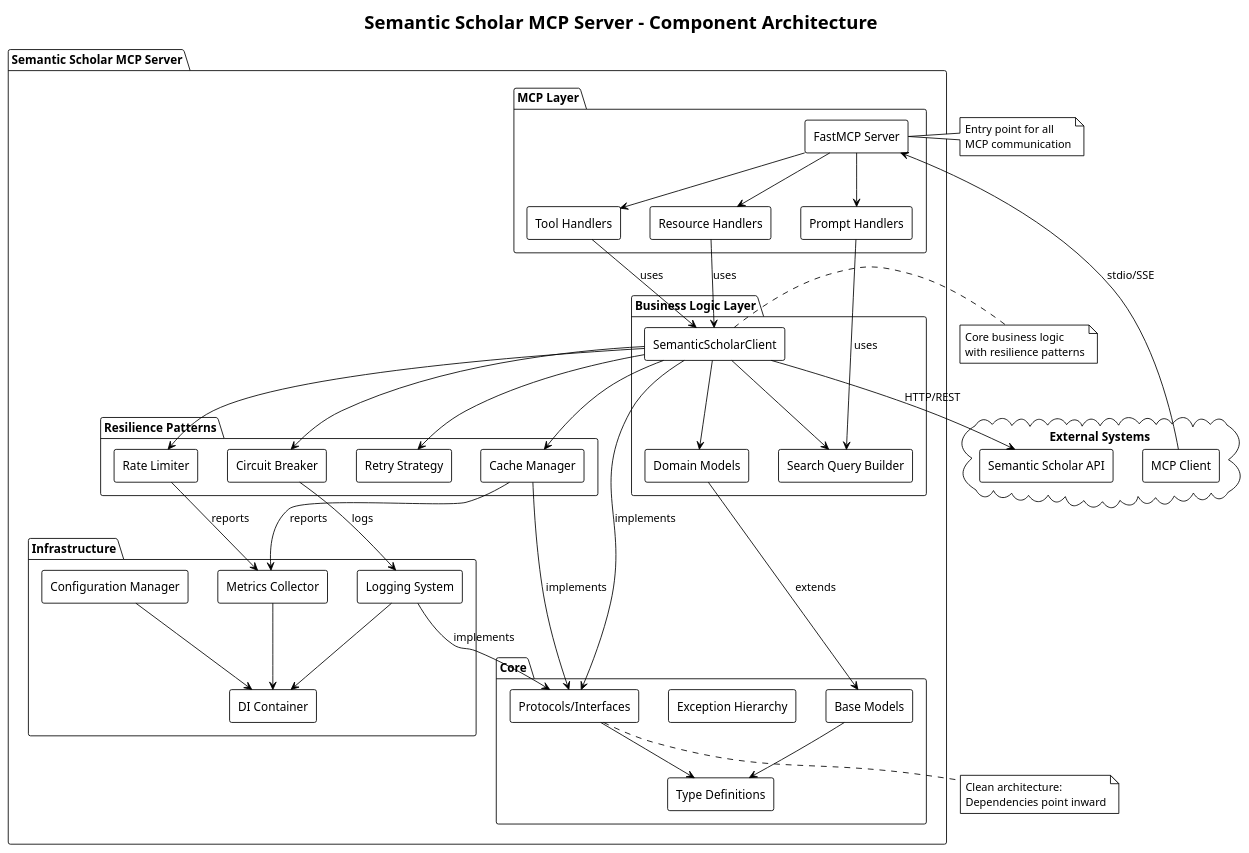
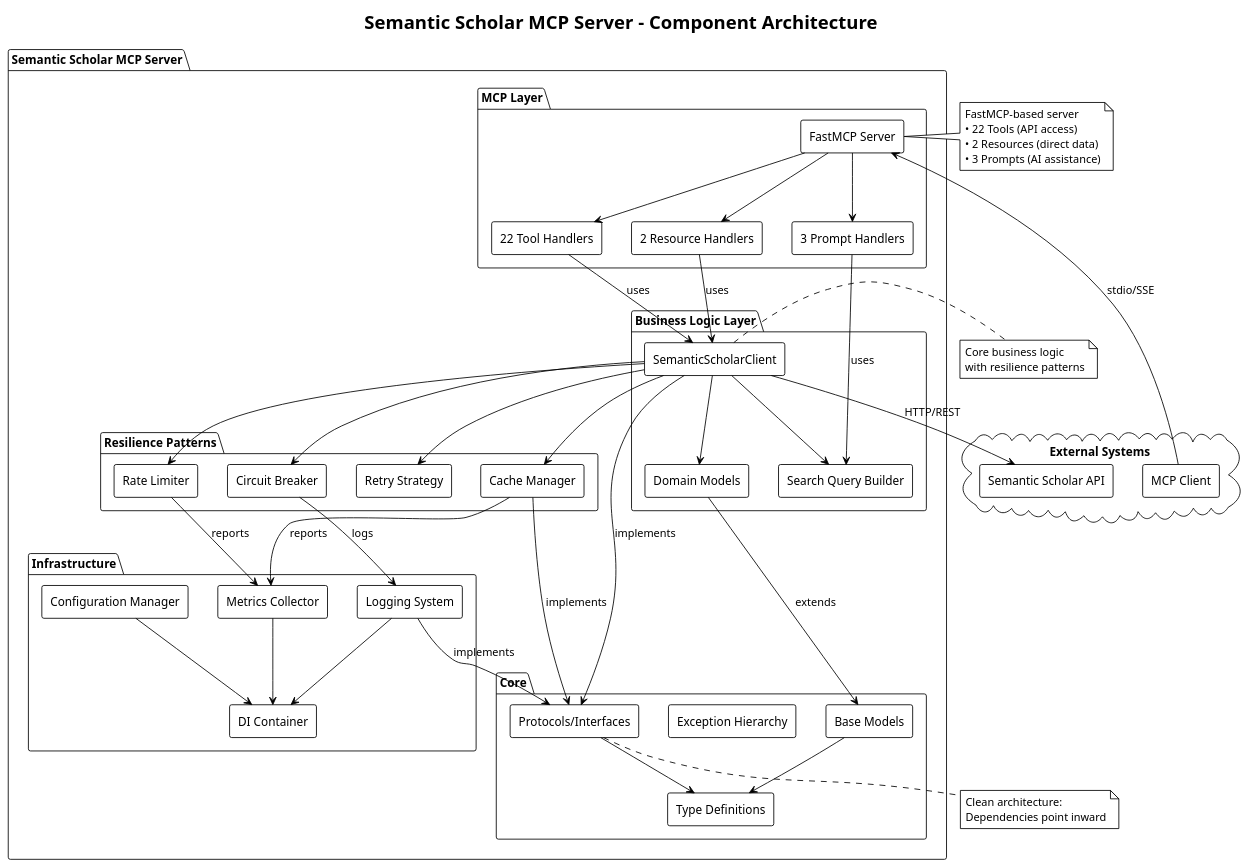
Before and after one commit to hy20191108/semantic-scholar-mcp: the diagram in docs/uml/02-overview-component-diagram.puml, drawn with PlantUML. The commit also changed 39 other files, not shown here.

```diff
--- a/docs/uml/02-overview-component-diagram.puml
+++ b/docs/uml/02-overview-component-diagram.puml
@@ -1,108 +1,110 @@
 @startuml semantic-scholar-mcp-component-diagram
 !theme plain
 skinparam componentStyle rectangle
 
 title Semantic Scholar MCP Server - Component Architecture
 
 ' External Systems
 cloud "External Systems" {
   [Semantic Scholar API] as SSAPI
   [MCP Client] as MCPClient
 }
 
 ' Main Application Package
 package "Semantic Scholar MCP Server" {
   
   ' MCP Layer
   package "MCP Layer" {
     [FastMCP Server] as MCPServer
-    [Tool Handlers] as Tools
-    [Resource Handlers] as Resources
-    [Prompt Handlers] as Prompts
+    [22 Tool Handlers] as Tools
+    [2 Resource Handlers] as Resources
+    [3 Prompt Handlers] as Prompts
     
     MCPServer --> Tools
     MCPServer --> Resources
     MCPServer --> Prompts
   }
   
   ' Business Logic Layer
   package "Business Logic Layer" {
     [SemanticScholarClient] as Client
     [Domain Models] as Models
     [Search Query Builder] as QueryBuilder
     
     Client --> Models
     Client --> QueryBuilder
   }
   
   ' Resilience Layer
   package "Resilience Patterns" {
     [Circuit Breaker] as CB
     [Rate Limiter] as RL
     [Retry Strategy] as Retry
     [Cache Manager] as Cache
     
     Client --> CB
     Client --> RL
     Client --> Retry
     Client --> Cache
   }
   
   ' Infrastructure Layer
   package "Infrastructure" {
     [Configuration Manager] as Config
     [Logging System] as Logging
     [Metrics Collector] as Metrics
     [DI Container] as DIContainer
     
     Config --> DIContainer
     Logging --> DIContainer
     Metrics --> DIContainer
   }
   
   ' Core Layer
   package "Core" {
     [Protocols/Interfaces] as Protocols
     [Exception Hierarchy] as Exceptions
     [Type Definitions] as Types
     [Base Models] as BaseModels
     
     Protocols --> Types
     BaseModels --> Types
   }
 }
 
 ' Dependencies between layers
 Tools --> Client : uses
 Resources --> Client : uses
 Prompts --> QueryBuilder : uses
 
 Client --> SSAPI : HTTP/REST
 MCPClient --> MCPServer : stdio/SSE
 
 CB --> Logging : logs
 RL --> Metrics : reports
 Cache --> Metrics : reports
 
 Models --> BaseModels : extends
 Client --> Protocols : implements
 Cache --> Protocols : implements
 Logging --> Protocols : implements
 
 ' Notes
 note right of MCPServer
-  Entry point for all
-  MCP communication
+  FastMCP-based server
+  • 22 Tools (API access)
+  • 2 Resources (direct data)
+  • 3 Prompts (AI assistance)
 end note
 
 note right of Client
   Core business logic
   with resilience patterns
 end note
 
 note bottom of Protocols
   Clean architecture:
   Dependencies point inward
 end note
 
 @enduml
```
